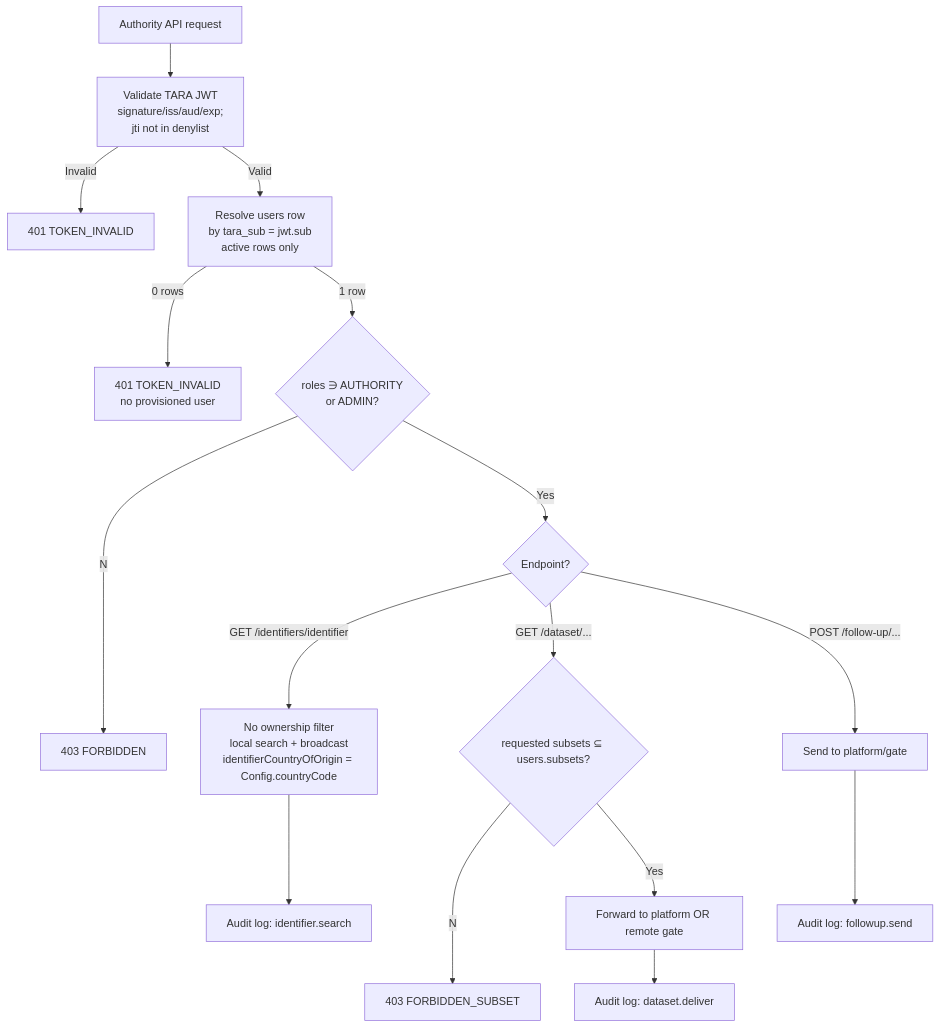
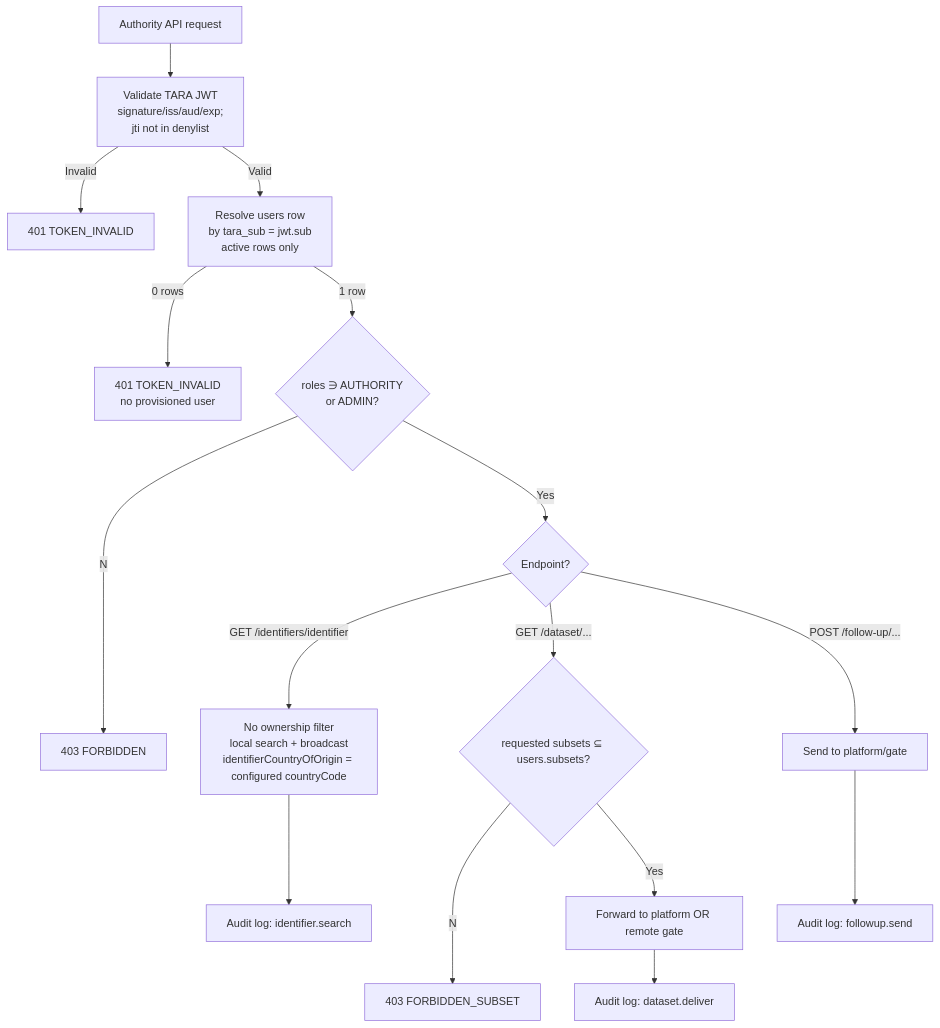
One commit to kemit-ee/efti-gate-ee changed the third of 4 diagrams in docs/specs/permissions-matrix.md. Above: the diagram before and after it, drawn with Mermaid. The commit also changed other lines of this file and 7 other files, not shown here.

````diff
--- a/docs/specs/permissions-matrix.md
+++ b/docs/specs/permissions-matrix.md
@@ -133,18 +133,18 @@
 ```mermaid
 flowchart TD
     REQ[Authority API request] --> JWT[Validate TARA JWT<br/>signature/iss/aud/exp;<br/>jti not in denylist]
     JWT --Invalid--> R401[401 TOKEN_INVALID]
     JWT --Valid--> LOOK[Resolve users row<br/>by tara_sub = jwt.sub<br/>active rows only]
     LOOK --0 rows--> R401N[401 TOKEN_INVALID<br/>no provisioned user]
     LOOK --1 row--> ROLE{roles ∋ AUTHORITY<br/>or ADMIN?}
     ROLE --No--> R403[403 FORBIDDEN]
     ROLE --Yes--> ROUTE{Endpoint?}
-    ROUTE -->|GET /identifiers/identifier| SEARCH[No ownership filter<br/>local search + broadcast<br/>identifierCountryOfOrigin = Config.countryCode]
+    ROUTE -->|GET /identifiers/identifier| SEARCH["No ownership filter<br/>local search + broadcast<br/>identifierCountryOfOrigin = configured countryCode"]
     ROUTE -->|GET /dataset/...| SUB{requested subsets ⊆ users.subsets?}
     SUB --No--> R403S[403 FORBIDDEN_SUBSET]
     SUB --Yes--> FWD[Forward to platform OR remote gate]
     ROUTE -->|POST /follow-up/...| FU[Send to platform/gate]
     SEARCH --> AUD[Audit log: identifier.search]
     FWD --> AUD2[Audit log: dataset.deliver]
     FU --> AUD3[Audit log: followup.send]
 ```
````
